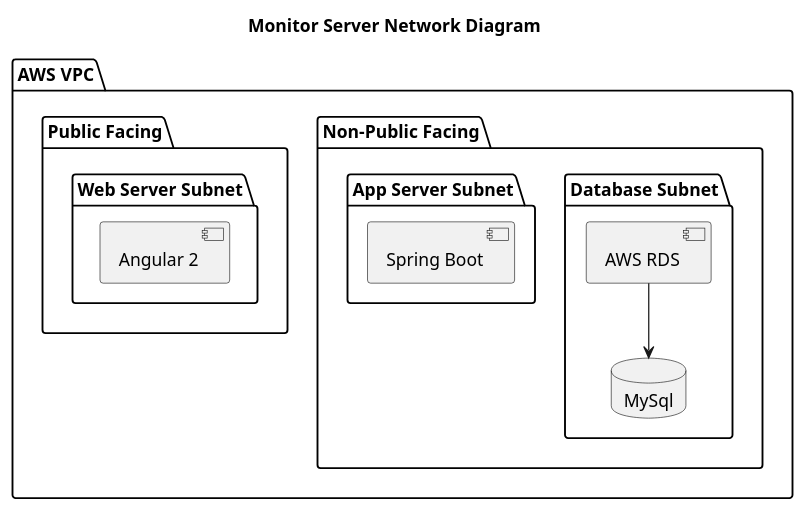
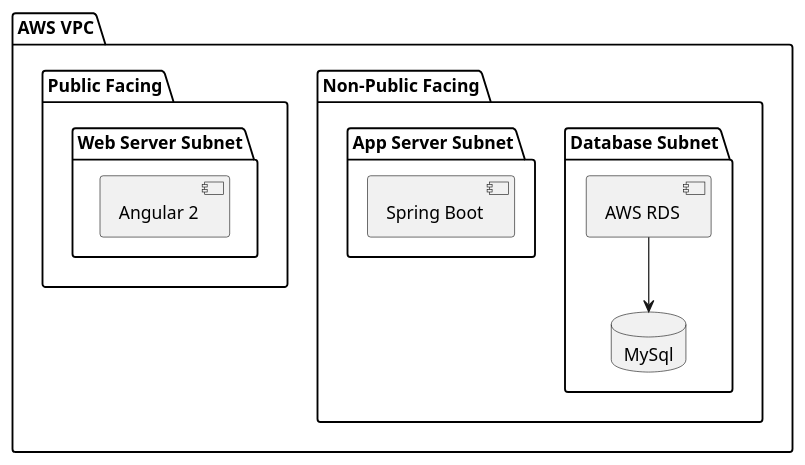
Before and after one commit to polinchw/monitorserver: the diagram in documentation/diagrams/vpc.puml, drawn with PlantUML. The commit also changed 1 other file, not shown here.

```diff
--- a/documentation/diagrams/vpc.puml
+++ b/documentation/diagrams/vpc.puml
@@ -1,24 +1,23 @@
 @startuml
-title Monitor Server Network Diagram
 
 package "AWS VPC" {
   folder "Non-Public Facing" {
     folder "Database Subnet" {
         [AWS RDS]  --> MySql
     }
     folder "App Server Subnet" {
         [Spring Boot]
     }
   }
   folder "Public Facing" {
     folder "Web Server Subnet" {
        [Angular 2]
     }
   }
 }
 
 database "MySql" {
 
 }
 
 @enduml
```
